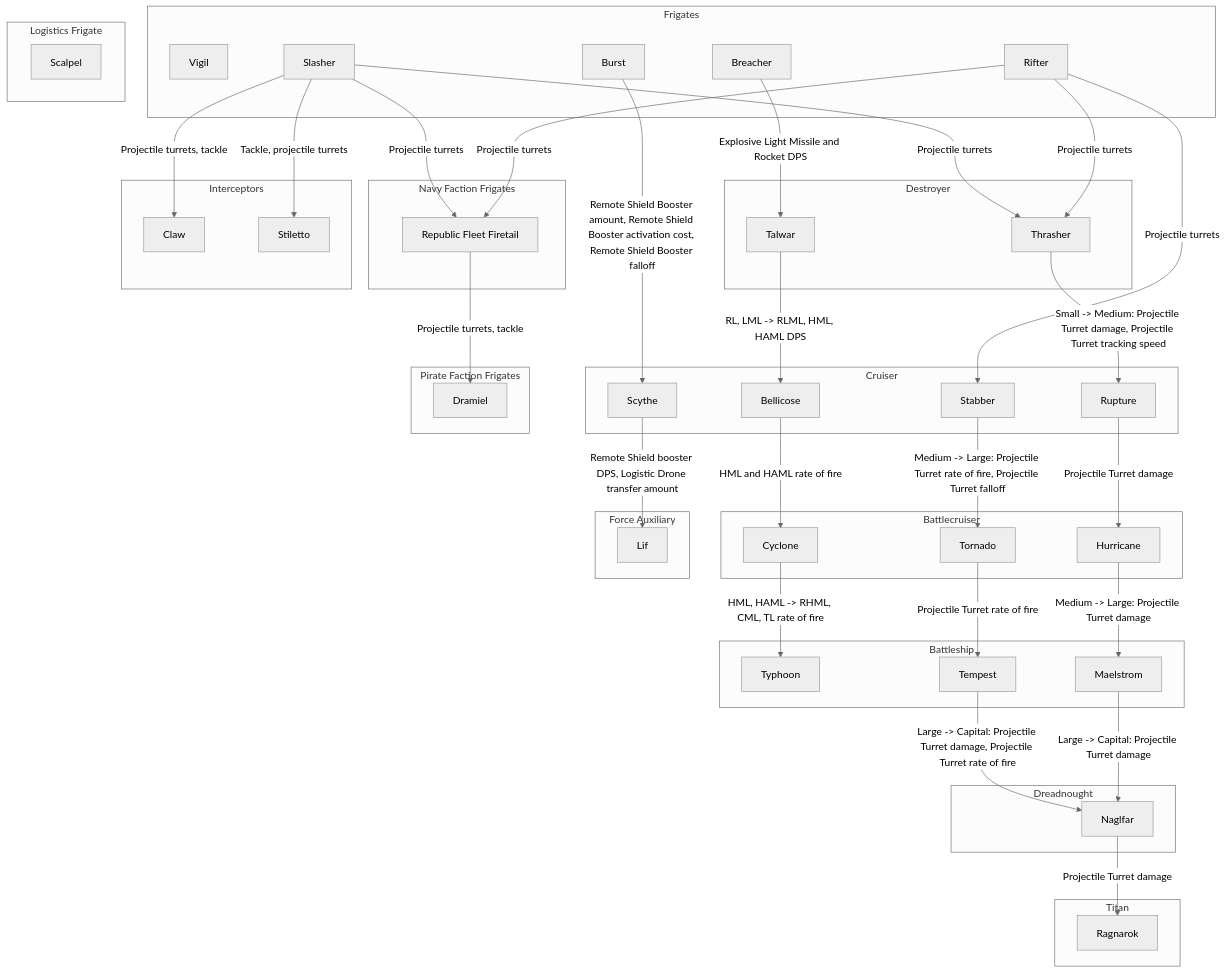
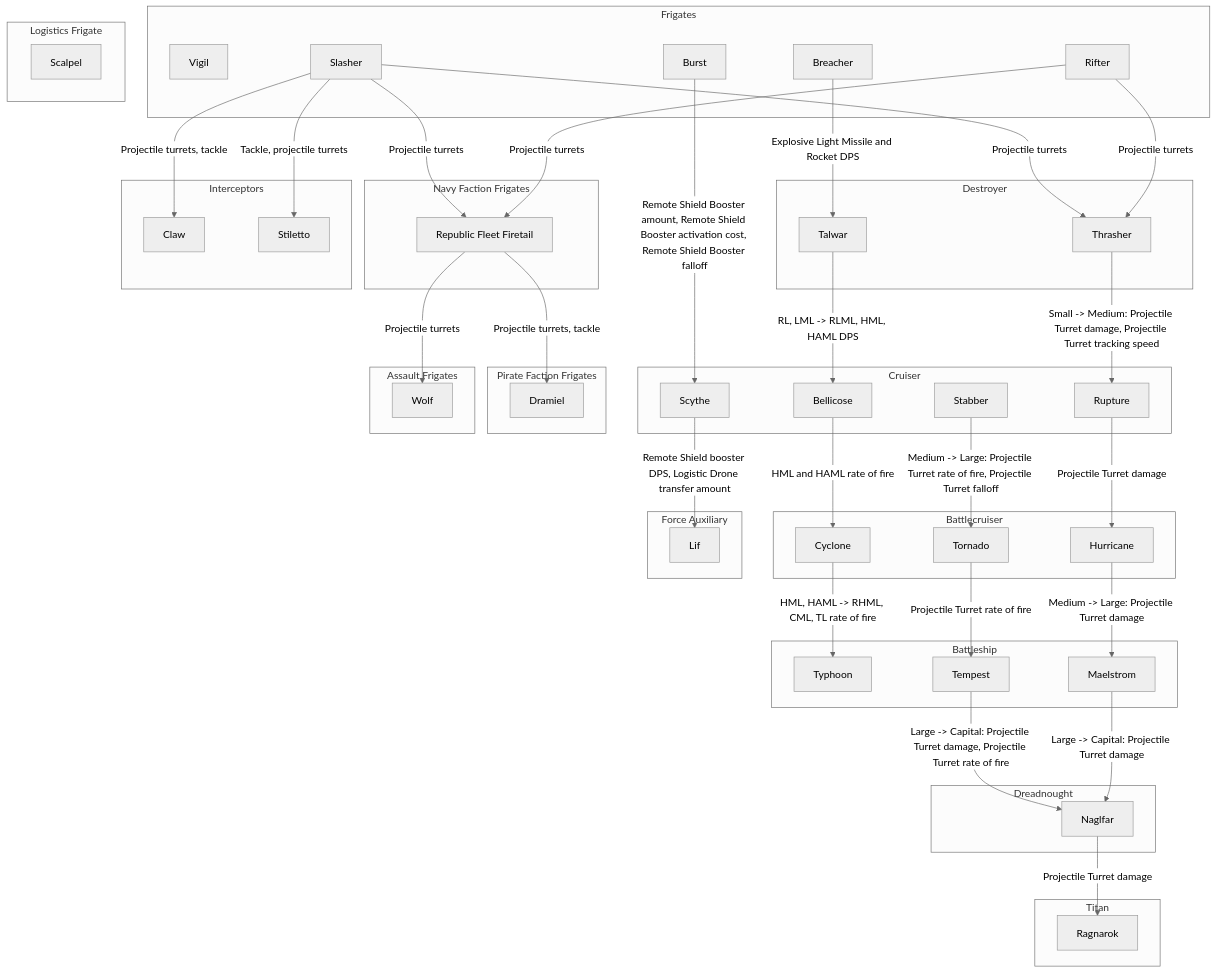
Before and after one commit to Skybladev2/EveShipsProgression: the diagram in README.md, drawn with Mermaid (neutral theme).

Commit message:
Add Rifter path

````diff
--- a/README.md
+++ b/README.md
@@ -20,7 +20,8 @@
 		n7["Rupture"]
 		n2["Stabber"]
 	end
-	n1 -->|"Projectile turrets"| n2
+	n1
+	n2
 	subgraph s3["Battlecruiser"]
 		n13["Cyclone"]
 		n8["Hurricane"]
@@ -78,4 +79,10 @@
 		n25["Dramiel"]
 	end
 	n22 -->|"Projectile turrets, tackle"| n25
+	subgraph s13["Assault Frigates"]
+		n26["Wolf"]
+	end
+	n1
+	n26
+	n22 -->|"Projectile turrets"| n26
 ```
````
